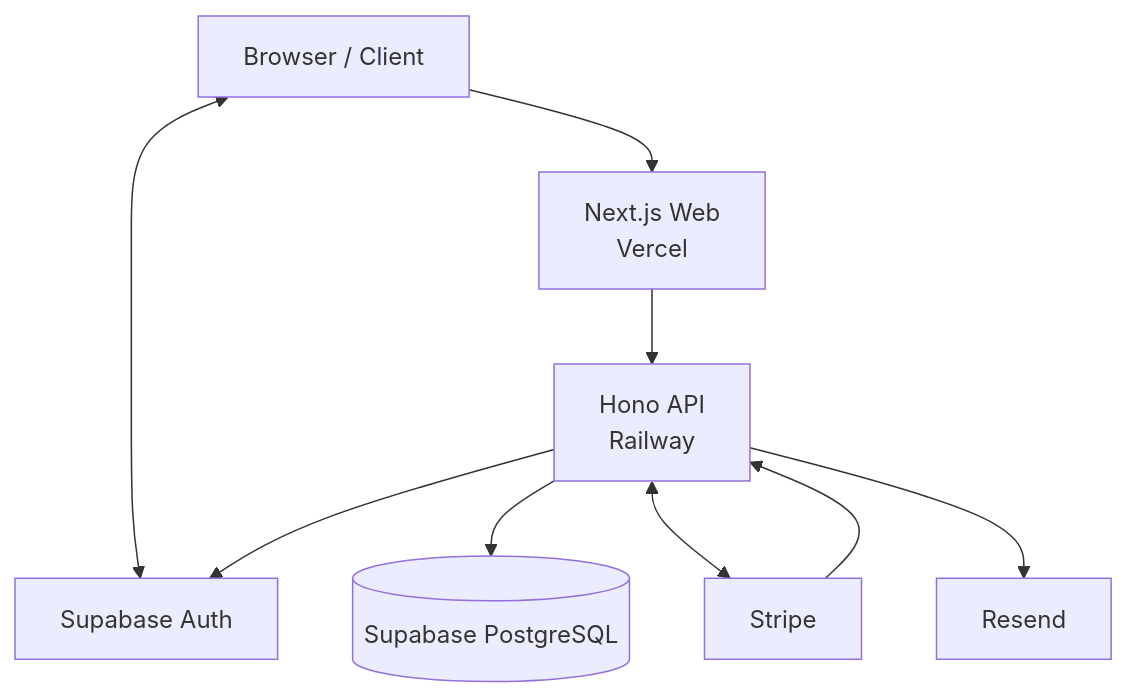
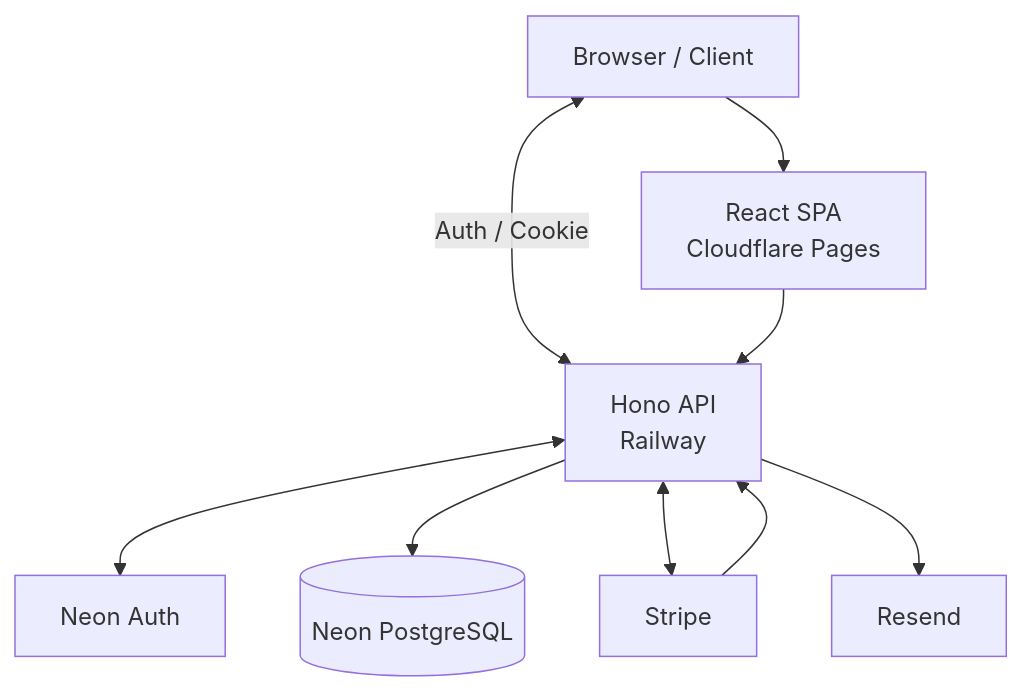
Before and after one commit to HayatoFukami/off-r39x: the diagram in docs/specs/010-system-overview.md, drawn with Mermaid. The commit also changed other lines of this file and 18 other files, not shown here.

Commit message:
docs(specs): adopt Pages, Railway, and Neon architecture

````diff
--- a/docs/specs/010-system-overview.md
+++ b/docs/specs/010-system-overview.md
@@ -304,19 +320,19 @@
 ```mermaid
 flowchart TD
     U[Browser / Client]
-    W[Next.js Web\nVercel]
+    W[React SPA\nCloudflare Pages]
     A[Hono API\nRailway]
-    AU[Supabase Auth]
-    DB[(Supabase PostgreSQL)]
+    AU[Neon Auth]
+    DB[(Neon PostgreSQL)]
     S[Stripe]
     E[Resend]
 
     U --> W
-    U <--> AU
+    U <-->|Auth / Cookie| A
     W --> A
-    A --> AU
+    A <--> AU
     A --> DB
     A <--> S
     A --> E
     S --> A
 ```
````
